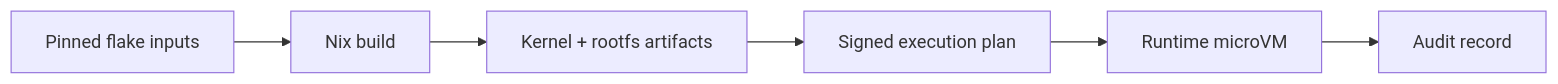
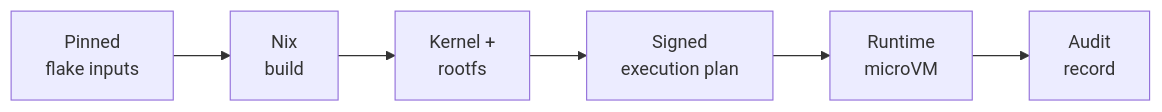
One commit to tinylabscom/mvm changed the second of 3 diagrams in public/src/content/blog/secure-by-design-microvms-and-nix.md. Above: the diagram before and after it, drawn with Mermaid. The commit also changed other lines of this file, not shown here.

First line of the commit message:
blog: update secure-by-design microVMs and Nix post

````diff
--- a/public/src/content/blog/secure-by-design-microvms-and-nix.md
+++ b/public/src/content/blog/secure-by-design-microvms-and-nix.md
@@ -96,11 +85,8 @@
 ```mermaid
 flowchart LR
-  Flake["Pinned flake inputs"]
-  Build["Nix build"]
-  Image["Kernel + rootfs artifacts"]
-  Plan["Signed execution plan"]
-  VM["Runtime microVM"]
-  Audit["Audit record"]
-
-  Flake --> Build --> Image --> Plan --> VM --> Audit
+  Flake["Pinned<br/>flake inputs"] --> Build["Nix<br/>build"]
+  Build --> Image["Kernel +<br/>rootfs"]
+  Image --> Plan["Signed<br/>execution plan"]
+  Plan --> VM["Runtime<br/>microVM"]
+  VM --> Audit["Audit<br/>record"]
 ```
````
